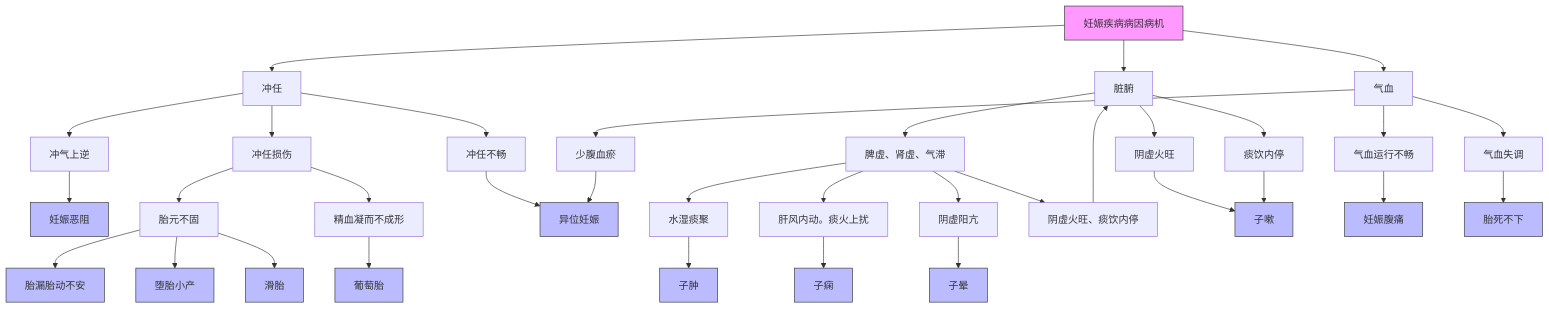
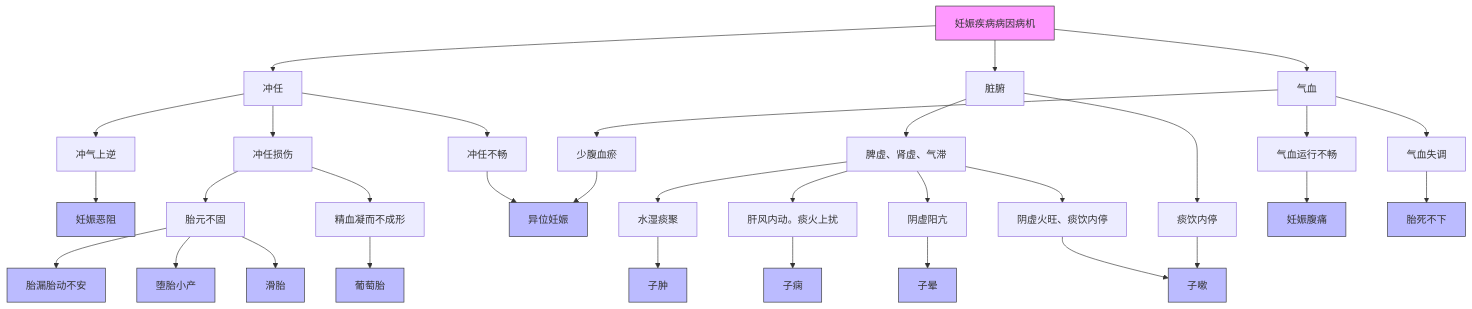
The diagram in all/未命名.md (lili23755/iodraw-files), drawn with Mermaid before and after one commit.

Commit message:
2025-04-04 11:06:17 update

````diff
--- a/all/未命名.md
+++ b/all/未命名.md
@@ -1,37 +1,37 @@
 ```mermaid
 flowchart TD
     A[妊娠疾病病因病机] --> B[冲任]
     A --> C[脏腑]
     A --> D[气血]
     
     B --> B1[冲气上逆] --> 妊娠恶阻
     B --> B2[冲任损伤] --> B2a[胎元不固] -->胎漏胎动不安 & 堕胎小产 & 滑胎
     B2[冲任损伤] --> B2b[精血凝而不成形] -->葡萄胎 
     B --> B3[冲任不畅] --> 异位妊娠
     
     C --> C1[脾虚、肾虚、气滞] --> C1a[水湿痰聚] --> 子肿
     C1 --> C1b[肝风内动。痰火上扰] --> 子痫
     C1 --> C1c[阴虚阳亢] --> 子晕
-    C1 --> C1d[阴虚火旺、痰饮内停] --> 
-    C --> C4[阴虚火旺] --> 子嗽
+    C1 --> C1d[阴虚火旺、痰饮内停] --> 子嗽
+    
     C --> C5[痰饮内停] --> 子嗽
     
     D --> D1[气血运行不畅] --> 妊娠腹痛
     D --> D2[气血失调] --> 胎死不下
     D --> D3[少腹血瘀] --> 异位妊娠
 
     style A fill:#f9f,stroke:#333
     style 妊娠恶阻 fill:#bbf,stroke:#333
     style 堕胎小产 fill:#bbf,stroke:#333
     style 滑胎 fill:#bbf,stroke:#333
     style 异位妊娠 fill:#bbf,stroke:#333
     style 子肿 fill:#bbf,stroke:#333
     style 子痫 fill:#bbf,stroke:#333
     style 胎漏胎动不安 fill:#bbf,stroke:#333
     style 胎死不下 fill:#bbf,stroke:#333
     style 妊娠腹痛 fill:#bbf,stroke:#333
     style 葡萄胎 fill:#bbf,stroke:#333
     style 子晕 fill:#bbf,stroke:#333
     style 子嗽 fill:#bbf,stroke:#333
 	  
 ```
````
